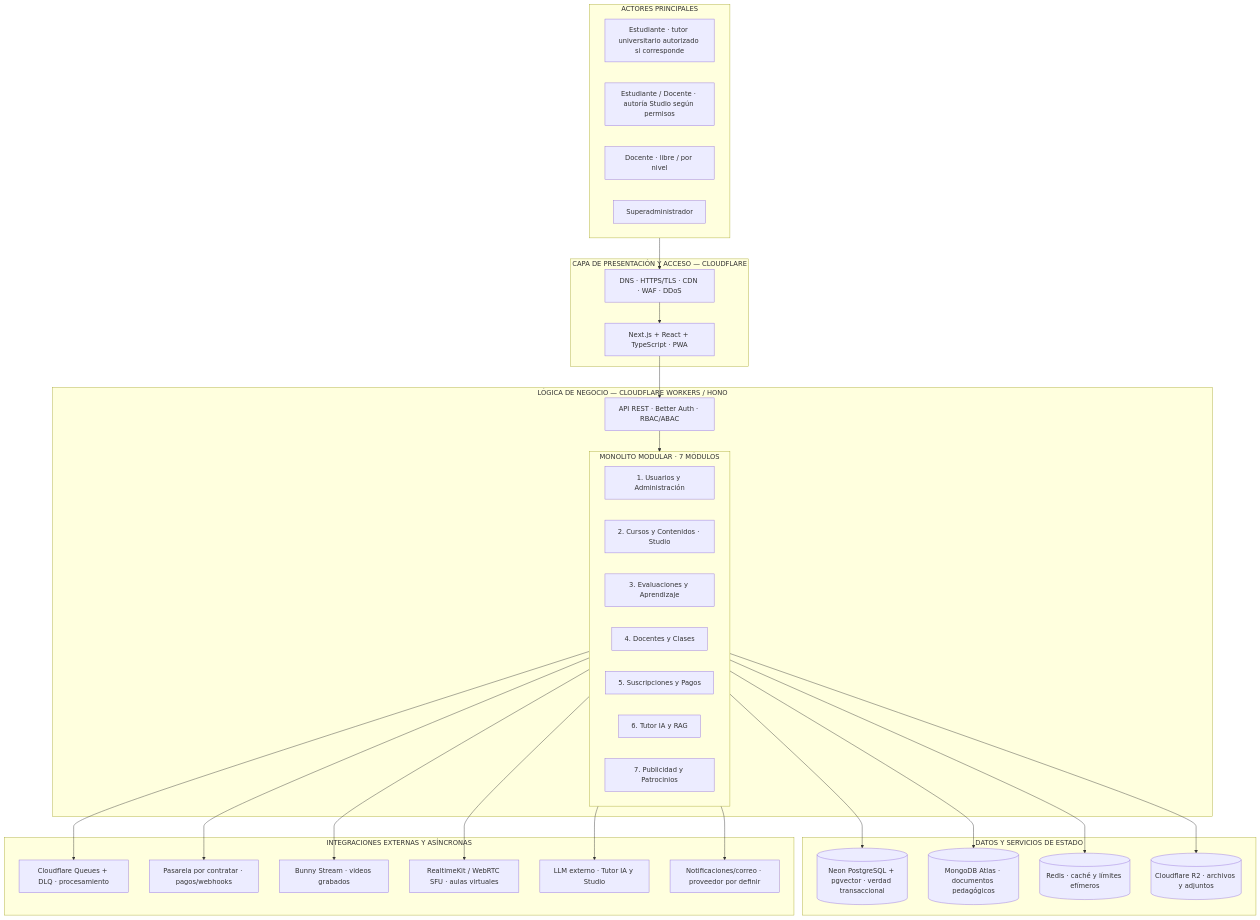
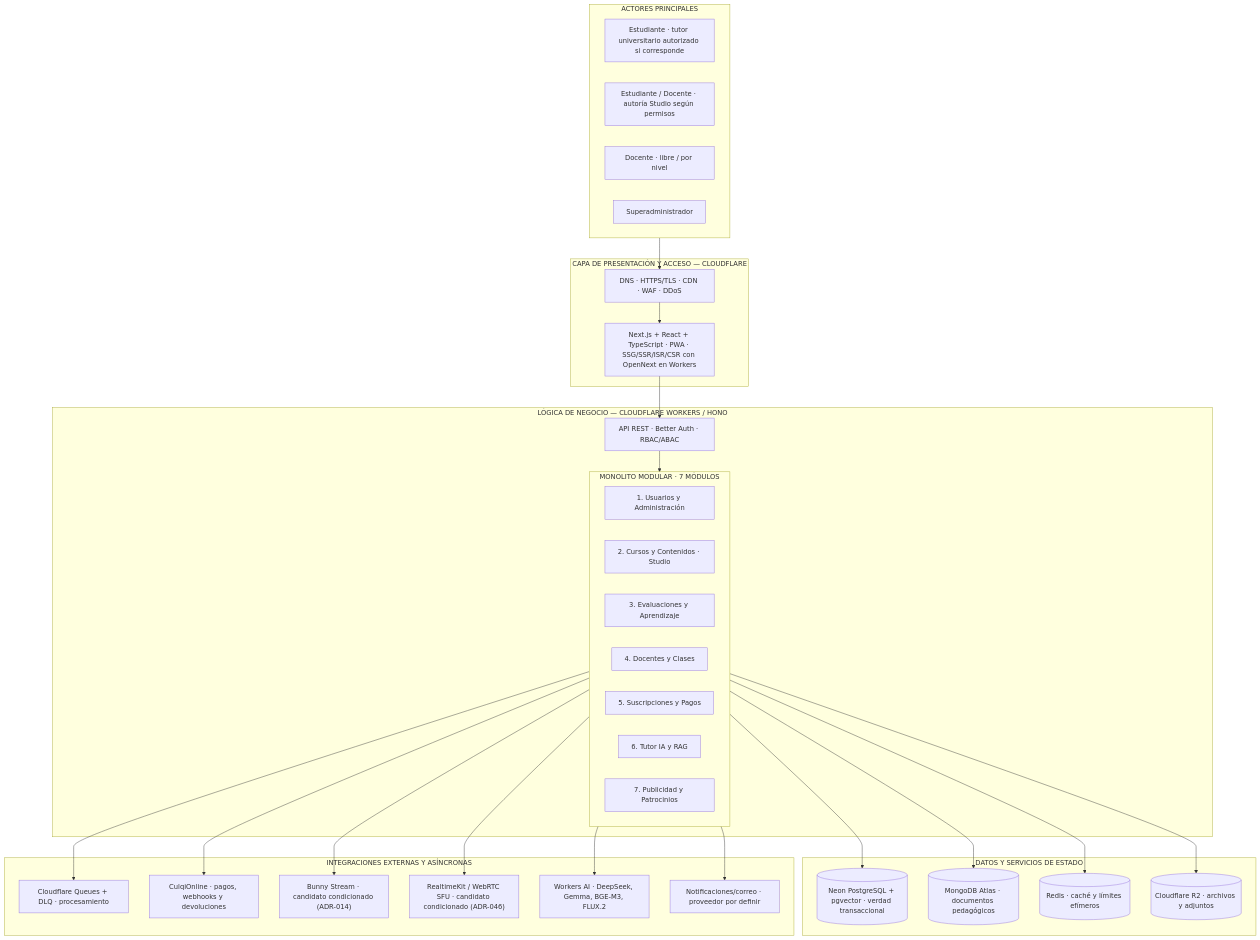
The diagram in docs/02-arquitectura-software/arquitectura-inicial.md (100robert/Mentelyx), drawn with Mermaid before and after one commit. The commit also changed other lines of this file and 676 other files, not shown here.

````diff
--- a/docs/02-arquitectura-software/arquitectura-inicial.md
+++ b/docs/02-arquitectura-software/arquitectura-inicial.md
@@ -13,56 +17,56 @@
 ```mermaid
 flowchart TB
   subgraph USUARIOS["ACTORES PRINCIPALES"]
     EST["Estudiante · tutor universitario autorizado si corresponde"]
     CREA["Estudiante / Docente · autoría Studio según permisos"]
     DOC["Docente · libre / por nivel"]
     ADMIN["Superadministrador"]
   end
 
   subgraph EDGE["CAPA DE PRESENTACIÓN Y ACCESO — CLOUDFLARE"]
     CF["DNS · HTTPS/TLS · CDN · WAF · DDoS"]
-    WEB["Next.js + React + TypeScript · PWA"]
+    WEB["Next.js + React + TypeScript · PWA · SSG/SSR/ISR/CSR con OpenNext en Workers"]
   end
 
   subgraph BACK["LÓGICA DE NEGOCIO — CLOUDFLARE WORKERS / HONO"]
     API["API REST · Better Auth · RBAC/ABAC"]
     subgraph MOD["MONOLITO MODULAR · 7 MÓDULOS"]
       M1["1. Usuarios y Administración"]
       M2["2. Cursos y Contenidos · Studio"]
       M3["3. Evaluaciones y Aprendizaje"]
       M4["4. Docentes y Clases"]
       M5["5. Suscripciones y Pagos"]
       M6["6. Tutor IA y RAG"]
       M7["7. Publicidad y Patrocinios"]
     end
   end
 
   subgraph DATA["DATOS Y SERVICIOS DE ESTADO"]
     PG[("Neon PostgreSQL + pgvector · verdad transaccional")]
     MDB[("MongoDB Atlas · documentos pedagógicos")]
     RED[("Redis · caché y límites efímeros")]
     R2[("Cloudflare R2 · archivos y adjuntos")]
   end
 
   subgraph EXT["INTEGRACIONES EXTERNAS Y ASÍNCRONAS"]
     QUEUE["Cloudflare Queues + DLQ · procesamiento"]
-    PAY["Pasarela por contratar · pagos/webhooks"]
-    MEDIA["Bunny Stream · videos grabados"]
-    LIVE["RealtimeKit / WebRTC SFU · aulas virtuales"]
-    AI["LLM externo · Tutor IA y Studio"]
+    PAY["CulqiOnline · pagos, webhooks y devoluciones"]
+    MEDIA["Bunny Stream · candidato condicionado (ADR-014)"]
+    LIVE["RealtimeKit / WebRTC SFU · candidato condicionado (ADR-046)"]
+    AI["Workers AI · DeepSeek, Gemma, BGE-M3, FLUX.2"]
     MAIL["Notificaciones/correo · proveedor por definir"]
   end
 
   USUARIOS --> CF --> WEB --> API
   API --> MOD
   MOD --> PG
   MOD --> MDB
   MOD --> RED
   MOD --> R2
   MOD --> QUEUE
   MOD --> PAY
   MOD --> MEDIA
   MOD --> LIVE
   MOD --> AI
   MOD --> MAIL
 ```
````
